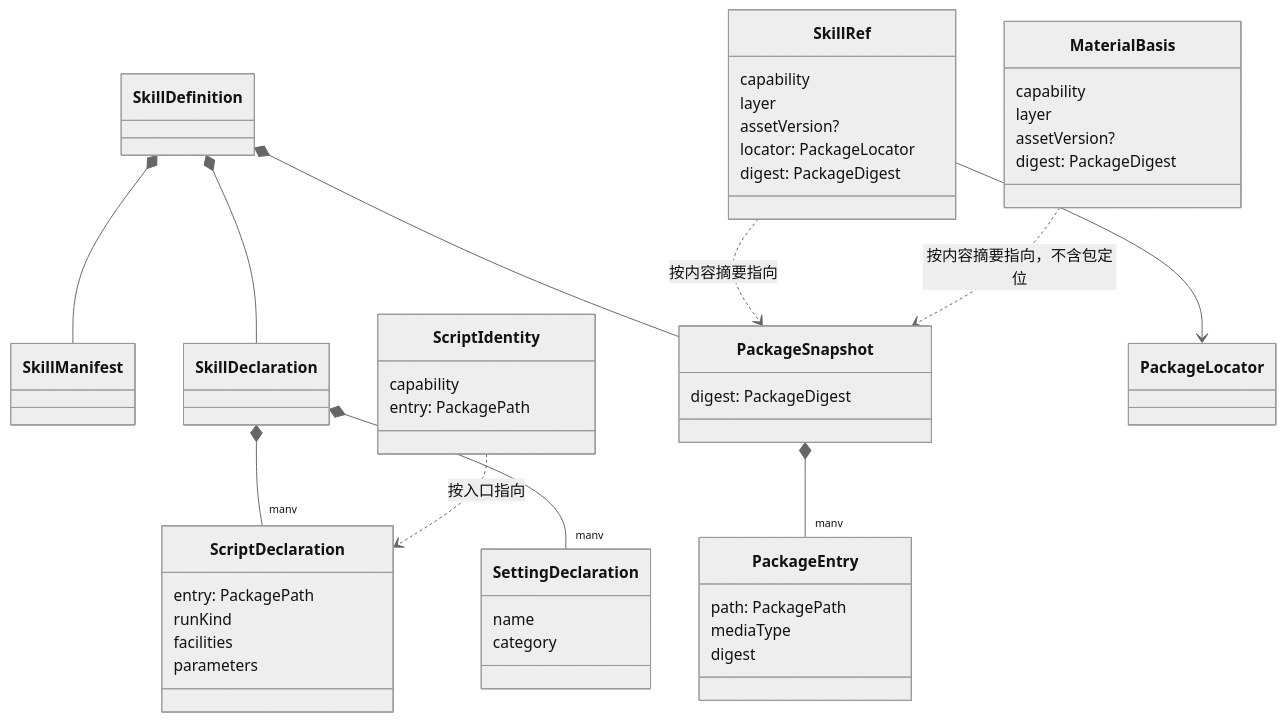
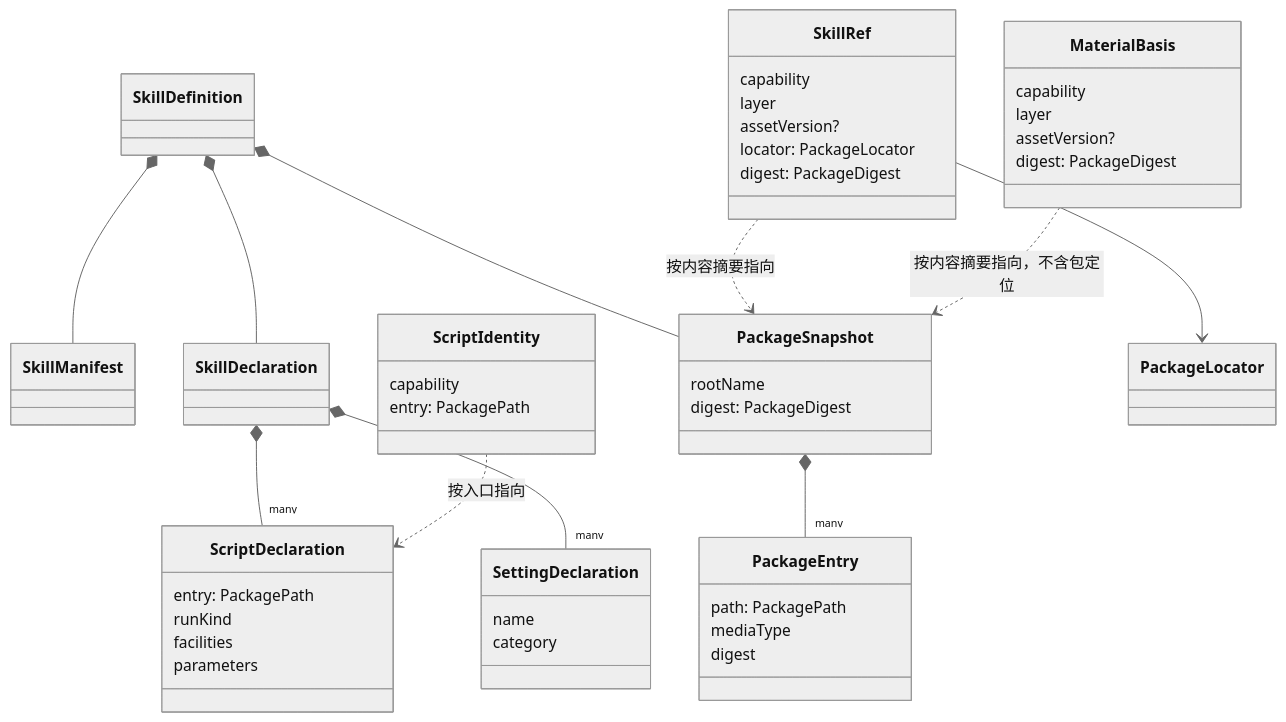
Before and after one commit to nemori-ai/omne-harness-lite: the diagram in packages/skills/docs/architecture.md, drawn with Mermaid (neutral theme). The commit also changed other lines of this file and 4 other files, not shown here.

````diff
--- a/packages/skills/docs/architecture.md
+++ b/packages/skills/docs/architecture.md
@@ -94,52 +94,53 @@
 ```mermaid
 classDiagram
   class SkillDefinition
   class SkillManifest
   class SkillDeclaration
   class ScriptDeclaration {
     entry: PackagePath
     runKind
     facilities
     parameters
   }
   class SettingDeclaration {
     name
     category
   }
   class PackageSnapshot {
+    rootName
     digest: PackageDigest
   }
   class PackageEntry {
     path: PackagePath
     mediaType
     digest
   }
   class SkillRef {
     capability
     layer
     assetVersion?
     locator: PackageLocator
     digest: PackageDigest
   }
   class MaterialBasis {
     capability
     layer
     assetVersion?
     digest: PackageDigest
   }
   class ScriptIdentity {
     capability
     entry: PackagePath
   }
   class PackageLocator
   SkillDefinition *-- SkillManifest
   SkillDefinition *-- SkillDeclaration
   SkillDefinition *-- PackageSnapshot
   SkillDeclaration *-- "many" ScriptDeclaration
   SkillDeclaration *-- "many" SettingDeclaration
   PackageSnapshot *-- "many" PackageEntry
   SkillRef --> PackageLocator
   SkillRef ..> PackageSnapshot : 按内容摘要指向
   MaterialBasis ..> PackageSnapshot : 按内容摘要指向，不含包定位
   ScriptIdentity ..> ScriptDeclaration : 按入口指向
 ```
````
